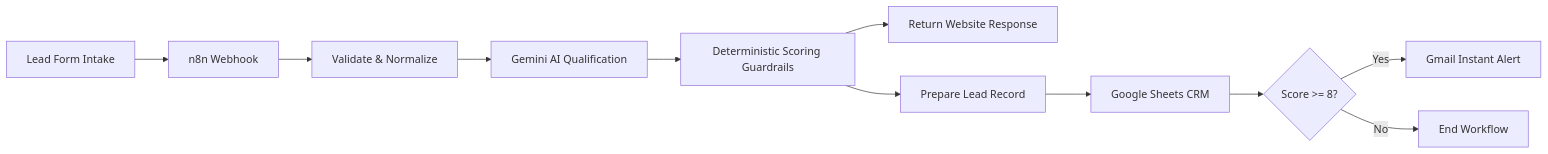
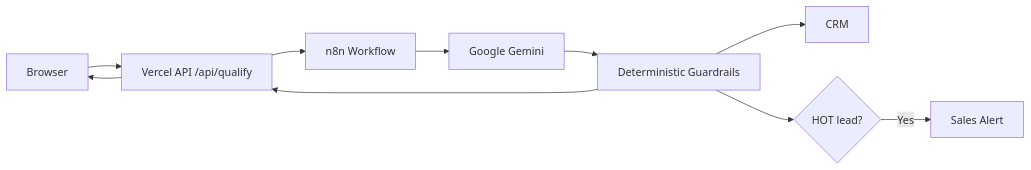
One commit to habiblne/leadpilot-ai changed the diagram in README.md. Above: the diagram before and after it, drawn with Mermaid. The commit also changed other lines of this file and 22 other files, not shown here.

````diff
--- a/README.md
+++ b/README.md
@@ -31,13 +16,12 @@
 ```mermaid
 flowchart LR
-    A[Lead Form Intake] --> B[n8n Webhook]
-    B --> C[Validate & Normalize]
-    C --> D[Gemini AI Qualification]
-    D --> E[Deterministic Scoring Guardrails]
-    E --> F[Return Website Response]
-    E --> G[Prepare Lead Record]
-    G --> H[Google Sheets CRM]
-    H --> I{Score >= 8?}
-    I -- Yes --> J[Gmail Instant Alert]
-    I -- No --> K[End Workflow]
+    A[Browser] --> B[Vercel API /api/qualify]
+    B --> C[n8n Workflow]
+    C --> D[Google Gemini]
+    D --> E[Deterministic Guardrails]
+    E --> F[CRM]
+    E --> G{HOT lead?}
+    G -- Yes --> H[Sales Alert]
+    E --> B
+    B --> A
 ```
````
